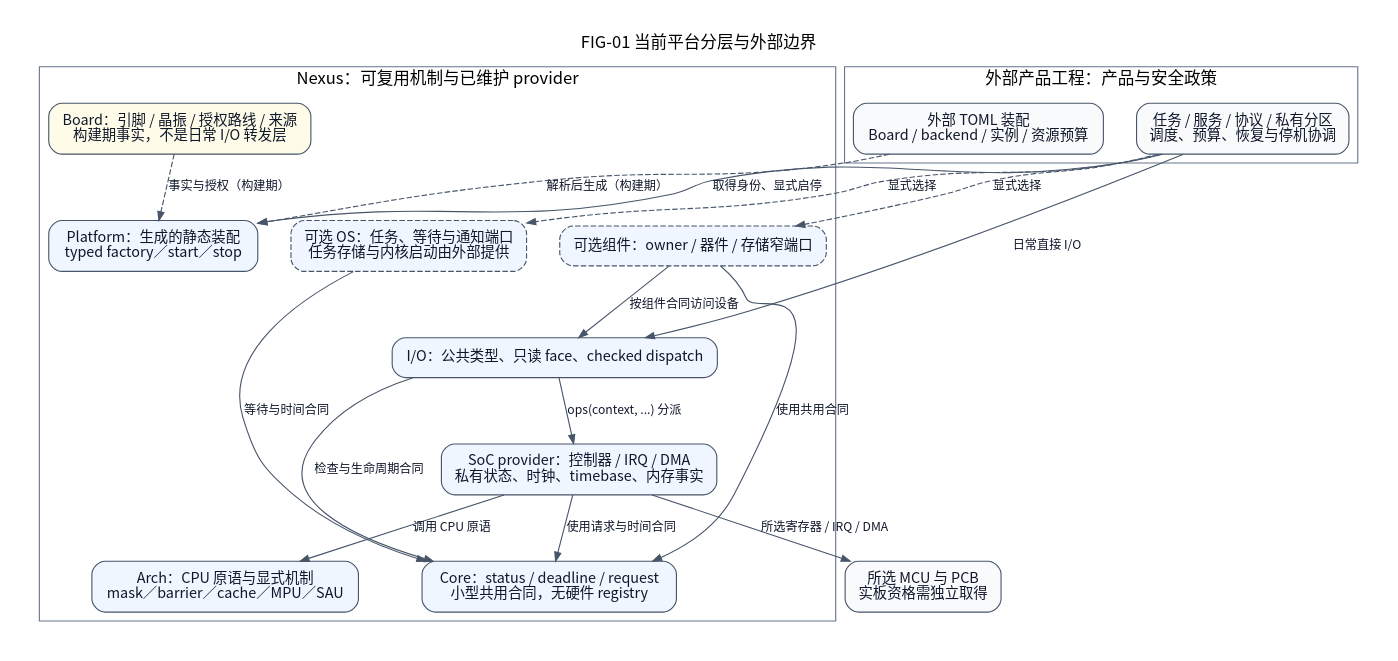
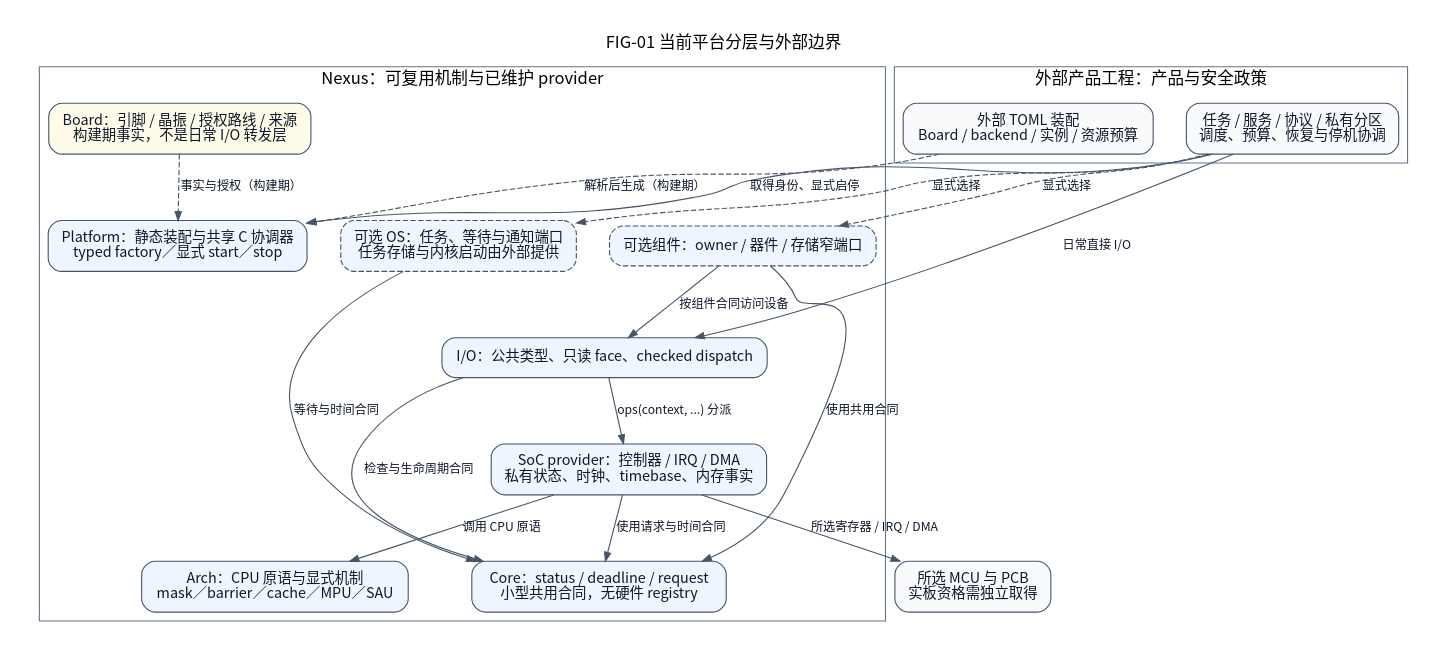
One commit to X-Gen-Lab/nexus changed the diagram in docs/assets/diagrams/localized/zh_CN/platform-architecture.dot. Above: the diagram before and after it, drawn with Graphviz. The commit also changed 614 other files, not shown here.

```diff
--- a/docs/assets/diagrams/localized/zh_CN/platform-architecture.dot
+++ b/docs/assets/diagrams/localized/zh_CN/platform-architecture.dot
@@ -1,48 +1,48 @@
 // FIG-01 current: source-backed, scoped engineering view.
-// Code basis: 0111c8d3b9c7b37d258b9c401070305b13b6f3a1.
+// Code basis: core/private/platform_lifecycle_impl.h; tools/configure/bindings.py; io/include/nexus/io.
 // Relations and qualification limits are documented in README.md.
 digraph PlatformArchitecture {
     graph [newrank=true, rankdir=TB, bgcolor="white", pad=0.28, nodesep=0.42,
            ranksep=0.66, fontname="Noto Sans CJK SC", fontsize=15,
            labelloc=t];
     node [shape=box, style="rounded,filled", fillcolor="#eff6ff",
           color="#475569", fontcolor="#0f172a", fontname="Noto Sans CJK SC",
           fontsize=13, margin="0.18,0.12"];
     edge [color="#475569", fontcolor="#0f172a",
           fontname="Noto Sans CJK SC", fontsize=11, arrowsize=0.8];
 
     graph [label="FIG-01 当前平台分层与外部边界"];
     subgraph clusterExternal {
         label="外部产品工程：产品与安全政策"; color="#64748b";
         product [label="任务 / 服务 / 协议 / 私有分区\n调度、预算、恢复与停机协调", fillcolor="#f8fafc"];
         assembly [label="外部 TOML 装配\nBoard / backend / 实例 / 资源预算", fillcolor="#f8fafc"];
     }
     subgraph clusterNexus {
         label="Nexus：可复用机制与已维护 provider"; color="#64748b";
         components [label="可选组件：owner / 器件 / 存储窄端口", style="rounded,dashed,filled"];
         os [label="可选 OS：任务、等待与通知端口\n任务存储与内核启动由外部提供", style="rounded,dashed,filled"];
-        platform [label="Platform：生成的静态装配\ntyped factory／start／stop"];
+        platform [label="Platform：静态装配与共享 C 协调器\ntyped factory／显式 start／stop"];
         io [label="I/O：公共类型、只读 face、checked dispatch"];
         soc [label="SoC provider：控制器 / IRQ / DMA\n私有状态、时钟、timebase、内存事实"];
         arch [label="Arch：CPU 原语与显式机制\nmask／barrier／cache／MPU／SAU"];
         core [label="Core：status / deadline / request\n小型共用合同，无硬件 registry"];
         board [label="Board：引脚 / 晶振 / 授权路线 / 来源\n构建期事实，不是日常 I/O 转发层", fillcolor="#fefce8"];
     }
     hardware [label="所选 MCU 与 PCB\n实板资格需独立取得", fillcolor="#f8fafc"];
     assembly -> platform [label="解析后生成（构建期）", style=dashed];
     board -> platform [label="事实与授权（构建期）", style=dashed];
     product -> platform [label="取得身份、显式启停"];
     product -> io [label="日常直接 I/O"];
     product -> components [label="显式选择", style=dashed];
     product -> os [label="显式选择", style=dashed];
     components -> io [label="按组件合同访问设备"];
     components -> core [label="使用共用合同"];
     os -> core [label="等待与时间合同"];
     io -> soc [label="ops(context, ...) 分派"];
     io -> core [label="检查与生命周期合同"];
     soc -> arch [label="调用 CPU 原语"];
     soc -> core [label="使用请求与时间合同"];
     soc -> hardware [label="所选寄存器 / IRQ / DMA"];
     { rank=same; components; os; }
     { rank=same; arch; core; }
 }
```
